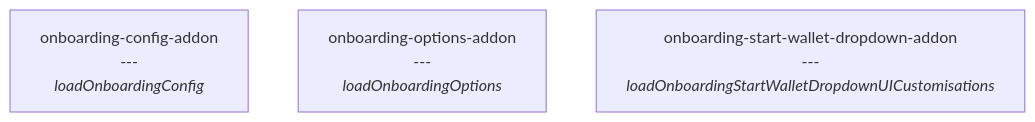
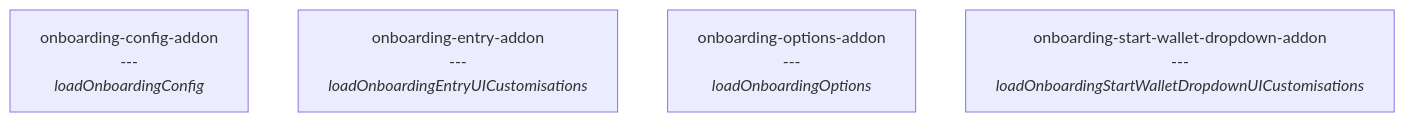
Before and after one commit to input-output-hk/lace: diagram 12 of 32 in docs/contracts-and-modules.md, drawn with Mermaid. The commit also changed other lines of this file and 1549 other files, not shown here.

````diff
--- a/docs/contracts-and-modules.md
+++ b/docs/contracts-and-modules.md
@@ -147,6 +148,7 @@
 ```mermaid
 graph TD
   onboarding-config-addon["onboarding-config-addon<br/>---<br/><i>loadOnboardingConfig</i>"]
+  onboarding-entry-addon["onboarding-entry-addon<br/>---<br/><i>loadOnboardingEntryUICustomisations</i>"]
   onboarding-options-addon["onboarding-options-addon<br/>---<br/><i>loadOnboardingOptions</i>"]
   onboarding-start-wallet-dropdown-addon["onboarding-start-wallet-dropdown-addon<br/>---<br/><i>loadOnboardingStartWalletDropdownUICustomisations</i>"]
 ```
````
